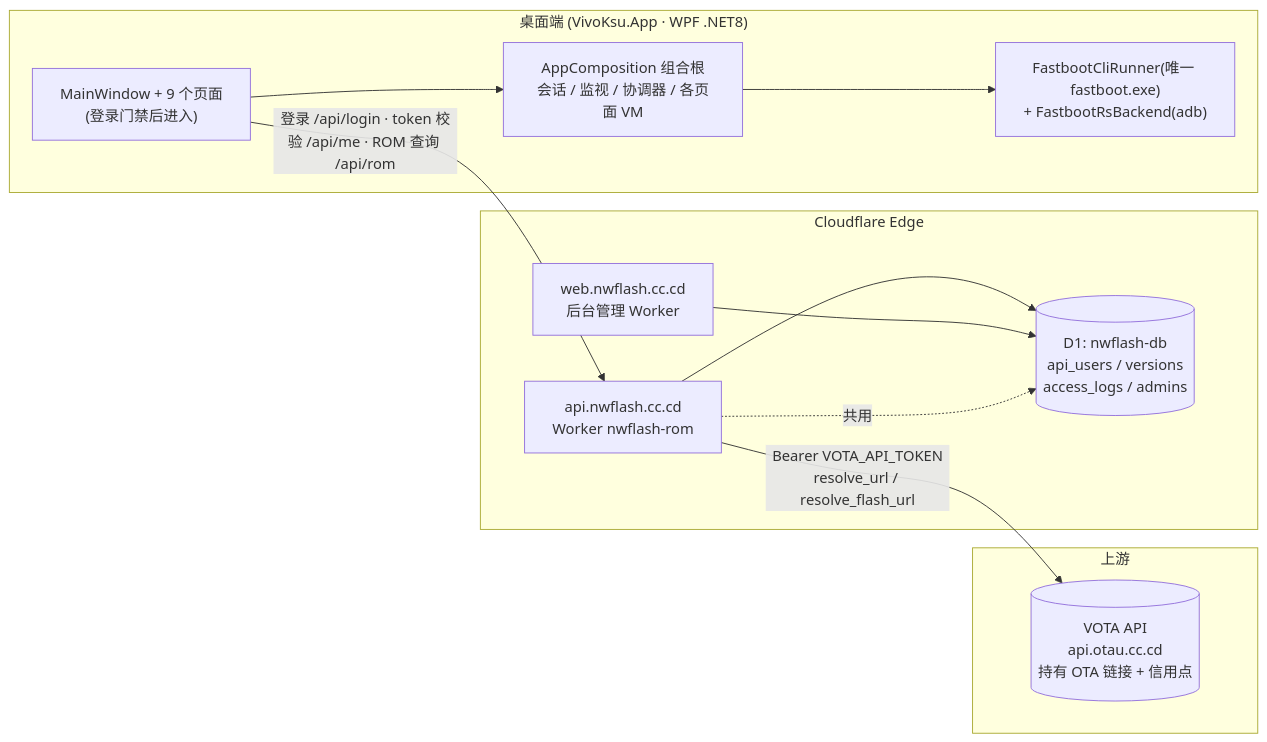
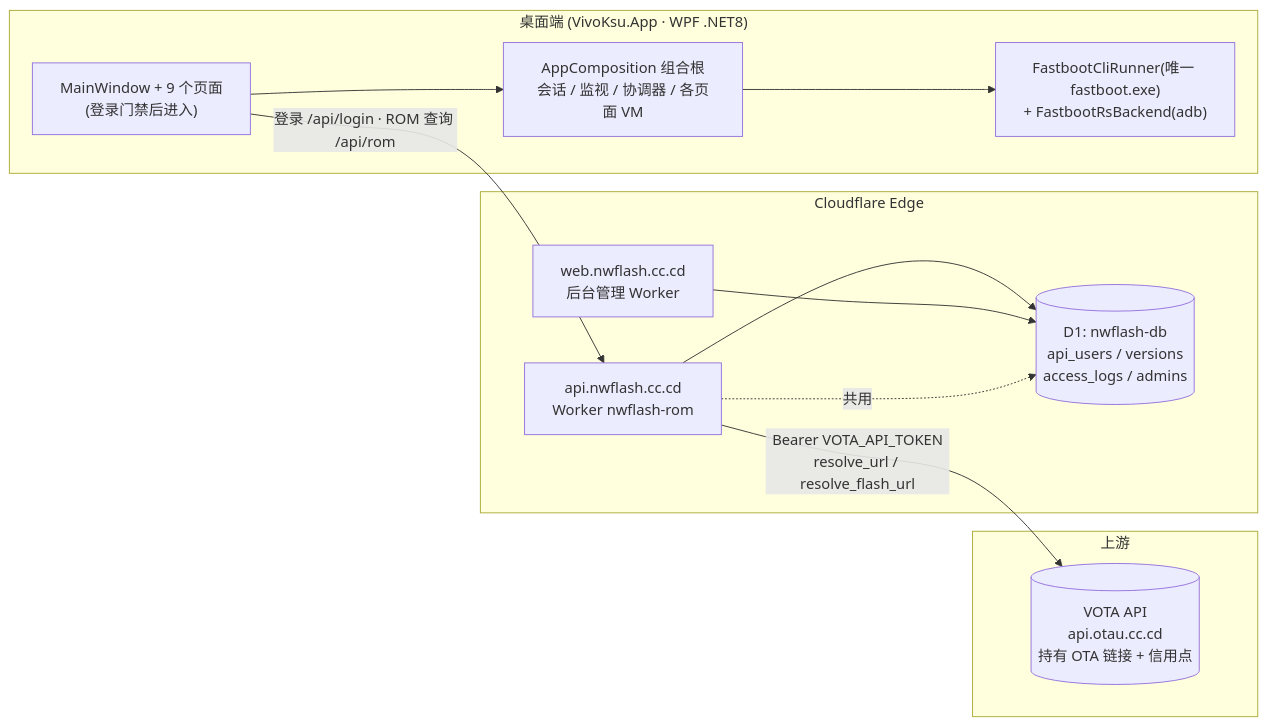
One commit to xxz13352/VivoKsu changed the first of 11 diagrams in docs/architecture.md. Above: the diagram before and after it, drawn with Mermaid. The commit also changed other lines of this file and 5 other files, not shown here.

````diff
--- a/docs/architecture.md
+++ b/docs/architecture.md
@@ -27,26 +27,26 @@
 ```mermaid
 flowchart LR
     subgraph Desktop["桌面端 (VivoKsu.App · WPF .NET8)"]
         UI["MainWindow + 9 个页面\n(登录门禁后进入)"]
         CORE["AppComposition 组合根\n会话 / 监视 / 协调器 / 各页面 VM"]
         FB["FastbootCliRunner(唯一 fastboot.exe)\n+ FastbootRsBackend(adb)"]
     end
 
     subgraph Cloudflare["Cloudflare Edge"]
         API["api.nwflash.cc.cd\nWorker nwflash-rom"]
         WEB["web.nwflash.cc.cd\n后台管理 Worker"]
         DB[("D1: nwflash-db\napi_users / versions\naccess_logs / admins")]
     end
 
     subgraph Upstream["上游"]
         VOTA[("VOTA API\napi.otau.cc.cd\n持有 OTA 链接 + 信用点")]
     end
 
     UI --> CORE
     CORE --> FB
-    UI -->|"登录 /api/login · token 校验 /api/me · ROM 查询 /api/rom"| API
+    UI -->|"登录 /api/login · ROM 查询 /api/rom"| API
     API --> DB
     API -->|"Bearer VOTA_API_TOKEN\nresolve_url / resolve_flash_url"| VOTA
     WEB --> DB
     API -. 共用 .-> DB
 ```
````
